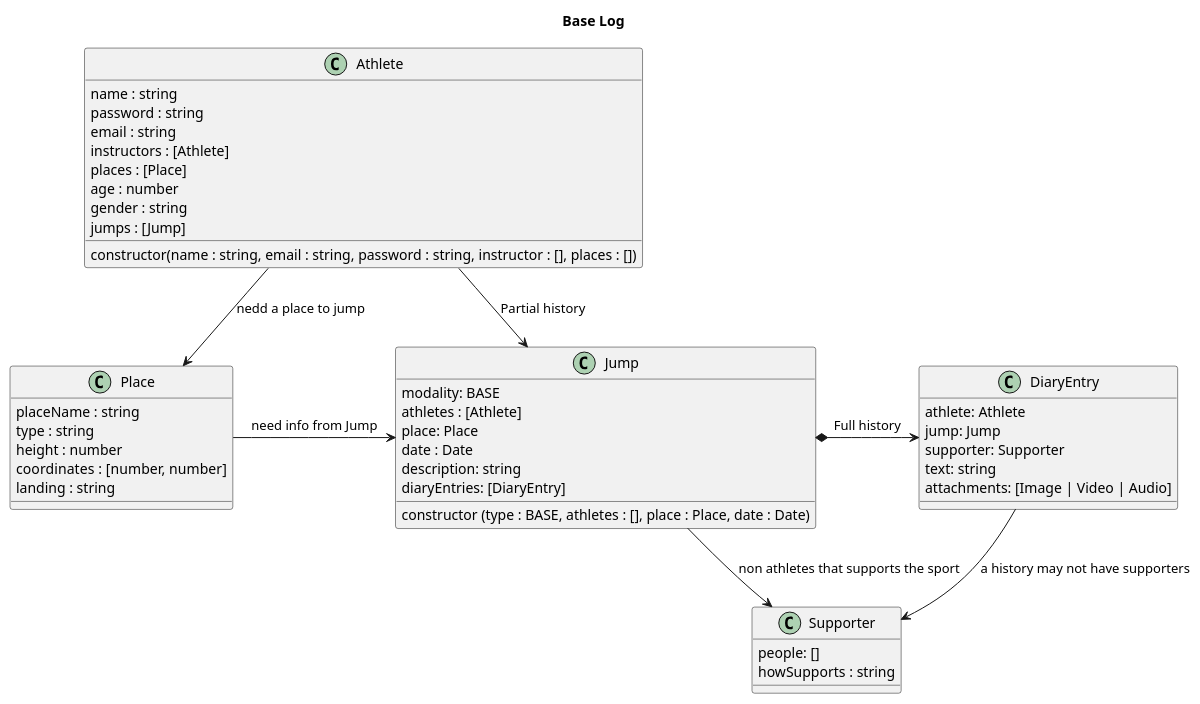
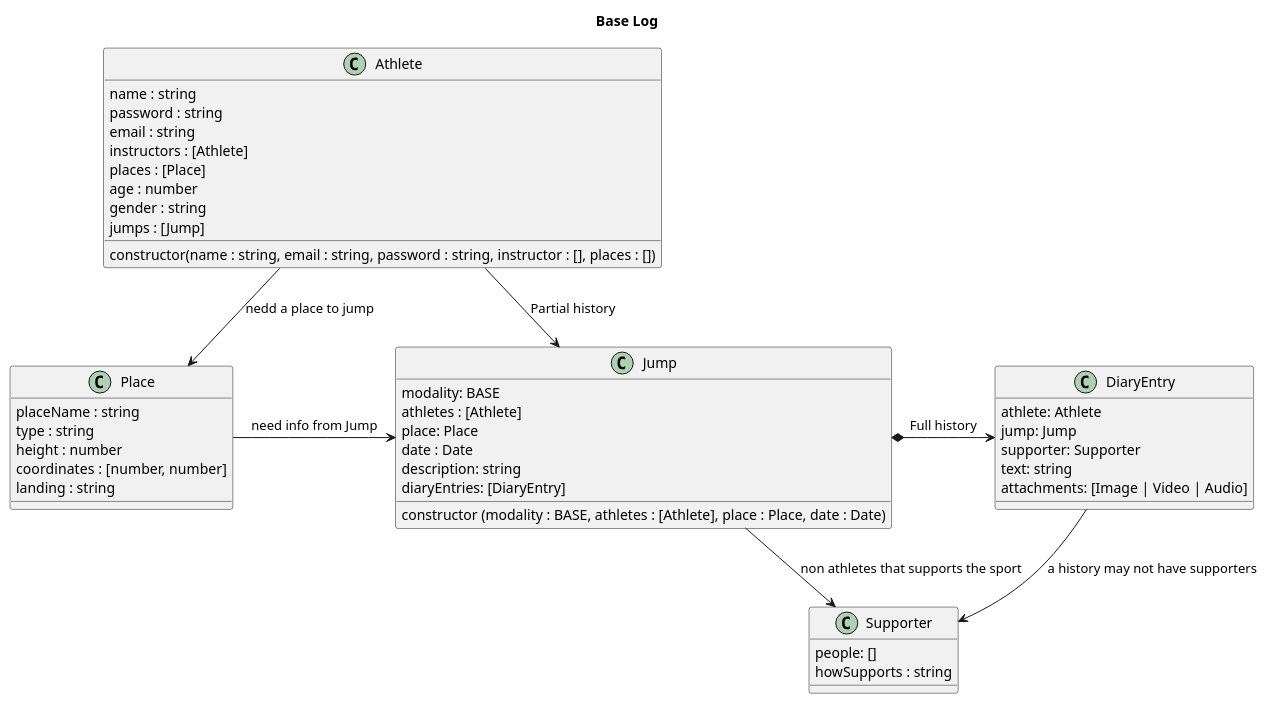
One commit to discombobulateme/webdoc changed the diagram in architecture/class.puml. Above: the diagram before and after it, drawn with PlantUML.

Commit message:
Change constructor to adapt required info

```diff
--- a/architecture/class.puml
+++ b/architecture/class.puml
@@ -1,67 +1,67 @@
 @startuml Base Log
 Title Base Log
 
 class Athlete {
 name : string
 password : string
 email : string
 instructors : [Athlete]
 places : [Place]
 age : number
 gender : string
 jumps : [Jump]
 
 constructor(name : string, email : string, password : string, instructor : [], places : [])
 }
 
 class Jump {
 ' addJump(Jump)
 ' Verify: if that place exists
 ' Verify: if you are linked in date and place with a Jump
 modality: BASE
 athletes : [Athlete]
 place: Place
 date : Date
 ' this is a sinopse
 description: string
 diaryEntries: [DiaryEntry]
 
-constructor (type : BASE, athletes : [], place : Place, date : Date)
+constructor (modality : BASE, athletes : [Athlete], place : Place, date : Date)
 }
 
 class DiaryEntry {
   athlete: Athlete
   jump: Jump
   supporter: Supporter
   ' this is the full history text
   text: string
   attachments: [Image | Video | Audio]
 }
 
 class Place {
 placeName : string
 type : string
 height : number
 coordinates : [number, number]
 landing : string
 }
 
 'non Athletes that supports the sport
 class Supporter {
 people: []
 howSupports : string
 }
 
 ' Head *- Hand : composition
 ' Parent o-- IndependentChild : agregation
 ' Need --> Use : association
 
 Athlete --> Place : nedd a place to jump
 Athlete -> Jump : Partial history
 
 Place -> Jump : need info from Jump
 Jump *-> DiaryEntry : Full history
 Jump --> Supporter : non athletes that supports the sport
 DiaryEntry --> Supporter : a history may not have supporters
 
 @enduml
```
